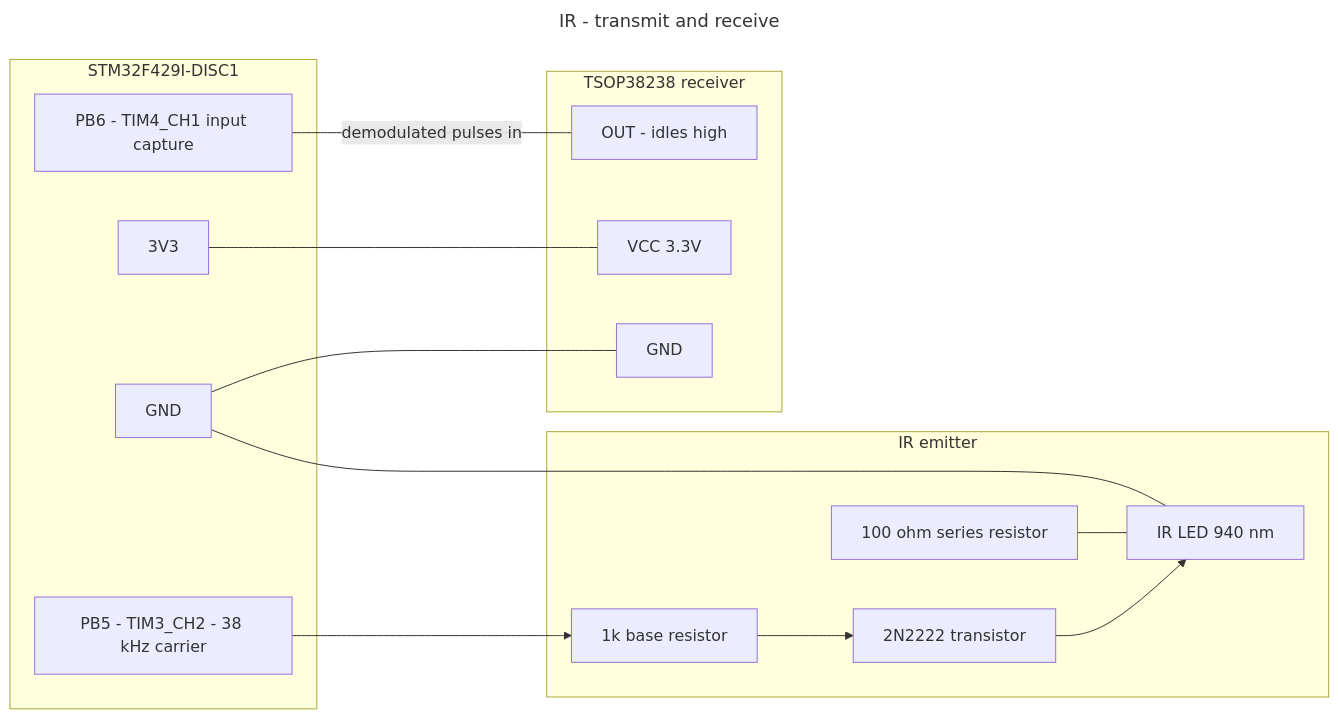
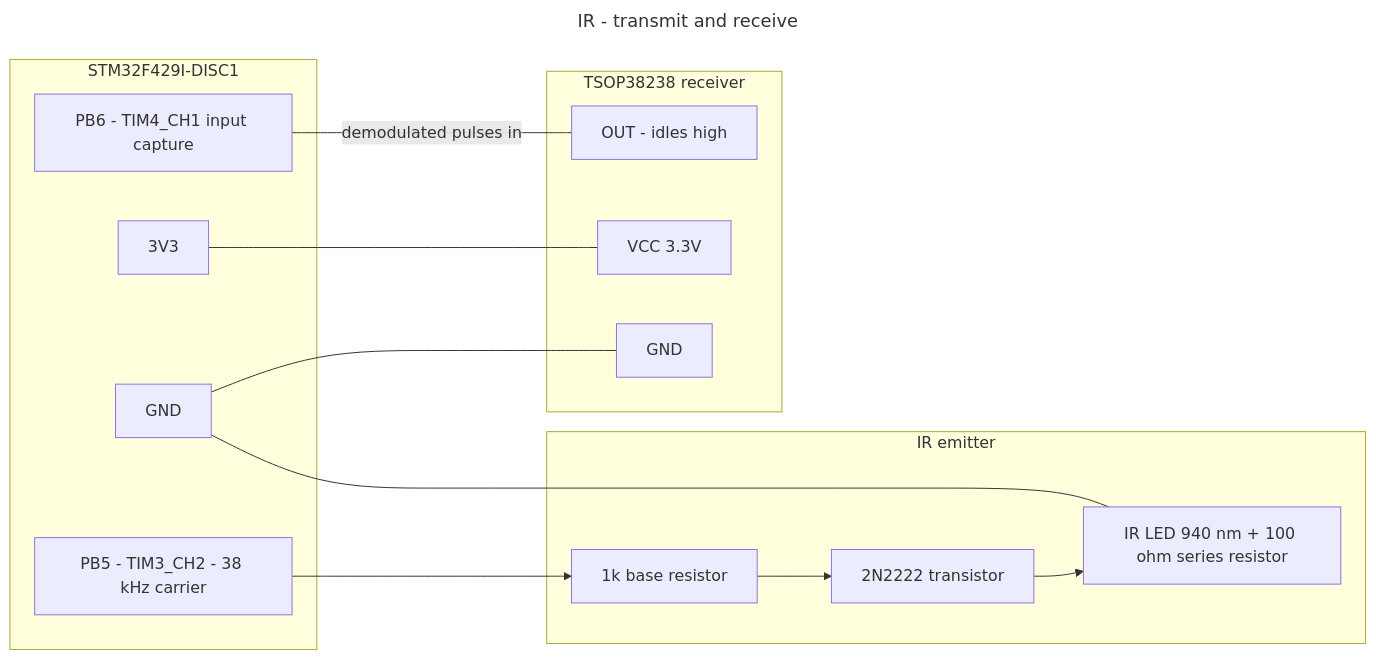
One commit to Ekpenyong-Esu/BareMetalMCU2 changed the diagram in Sensor_Cons/Peripherals/IR/ir_wiring.mmd. Above: the diagram before and after it, drawn with Mermaid. The commit also changed 13 other files, not shown here.

Commit message:
Rank the remaining wiring diagrams into a single row

```diff
--- a/Sensor_Cons/Peripherals/IR/ir_wiring.mmd
+++ b/Sensor_Cons/Peripherals/IR/ir_wiring.mmd
@@ -1,39 +1,37 @@
 ---
 title: IR - transmit and receive
 ---
 %% Pins from Peripherals/IR/README.md.
 %% CONFLICT: PB5 is FMC_SDCKE1 and PB6 is FMC_SDNE1 in project.ioc.
 %% With the SDRAM in use, move TX to PB4 (TIM3_CH1) and RX to PB7 (TIM4_CH2),
 %% both of which are free.
 %% TX modulates a 38 kHz carrier; the LED needs a series resistor and usually
 %% a transistor, since a bare pin cannot supply useful IR range.
 %% The TSOP receiver output is already demodulated and idles HIGH.
 flowchart LR
     subgraph MCU["STM32F429I-DISC1"]
         TX["PB5 - TIM3_CH2 - 38 kHz carrier"]
         RX["PB6 - TIM4_CH1 input capture"]
         V33["3V3"]
         GND["GND"]
     end
 
     subgraph EMIT["IR emitter"]
+        R1["1k base resistor"]
         Q["2N2222 transistor"]
-        R1["1k base resistor"]
-        R2["100 ohm series resistor"]
-        LED["IR LED 940 nm"]
+        LED["IR LED 940 nm + 100 ohm series resistor"]
     end
 
     subgraph RECV["TSOP38238 receiver"]
         rOUT["OUT - idles high"]
         rV["VCC 3.3V"]
         rG["GND"]
     end
 
     TX --> R1
     R1 --> Q
     Q --> LED
-    R2 --- LED
     GND --- LED
     RX ---|"demodulated pulses in"| rOUT
     V33 --- rV
     GND --- rG
```
